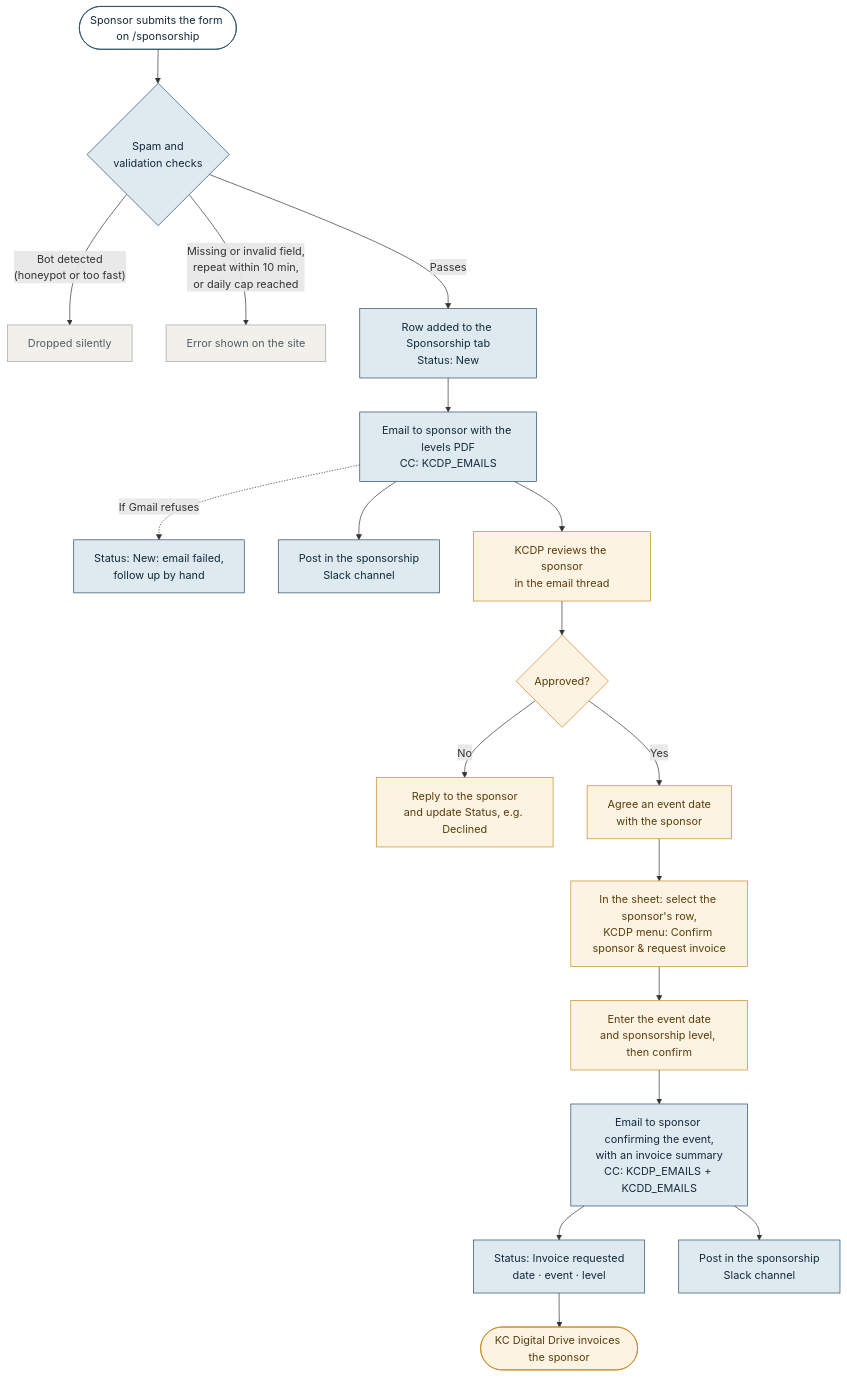
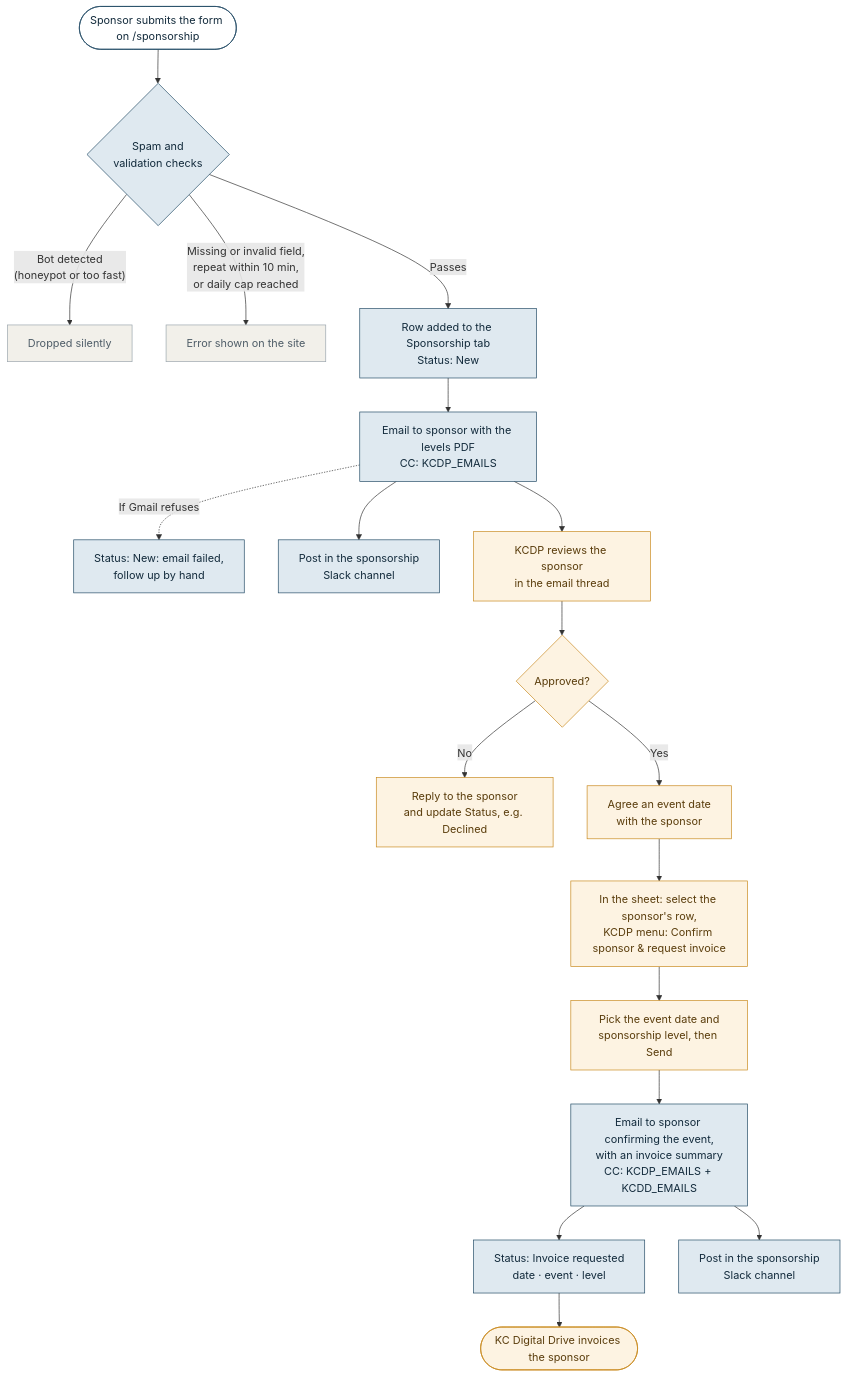
One commit to da5idt/kcdataprofessionals_site changed the first of 2 diagrams in docs/forms.md. Above: the diagram before and after it, drawn with Mermaid. The commit also changed other lines of this file and 2 other files, not shown here.

First line of the commit message:
Use a date picker and level dropdown when requesting an invoice

````diff
--- a/docs/forms.md
+++ b/docs/forms.md
@@ -42,29 +42,29 @@
 ```mermaid
 flowchart TD
     A([Sponsor submits the form on /sponsorship]) --> B{Spam and<br/>validation checks}
     B -- "Bot detected<br/>(honeypot or too fast)" --> X[Dropped silently]
     B -- "Missing or invalid field,<br/>repeat within 10 min,<br/>or daily cap reached" --> Y[Error shown on the site]
     B -- Passes --> C[Row added to the Sponsorship tab<br/>Status: New]
     C --> D["Email to sponsor with the levels PDF<br/>CC: KCDP_EMAILS"]
     D -. "If Gmail refuses" .-> D2[Status: New: email failed,<br/>follow up by hand]
     D --> S1[Post in the sponsorship<br/>Slack channel]
     D --> E[KCDP reviews the sponsor<br/>in the email thread]
     E --> F{Approved?}
     F -- No --> G[Reply to the sponsor<br/>and update Status, e.g. Declined]
     F -- Yes --> H[Agree an event date<br/>with the sponsor]
     H --> I["In the sheet: select the sponsor's row,<br/>KCDP menu: Confirm sponsor & request invoice"]
-    I --> J[Enter the event date<br/>and sponsorship level, then confirm]
+    I --> J[Pick the event date and<br/>sponsorship level, then Send]
     J --> K["Email to sponsor confirming the event,<br/>with an invoice summary<br/>CC: KCDP_EMAILS + KCDD_EMAILS"]
     K --> L["Status: Invoice requested<br/>date · event · level"]
     K --> S2[Post in the sponsorship<br/>Slack channel]
     L --> M([KC Digital Drive invoices the sponsor])
 
     classDef auto fill:#dfe9f0,stroke:#244c66,color:#132b3c
     classDef manual fill:#fdf3e2,stroke:#c98a1e,color:#5a3d0c
     classDef stop fill:#f2f0ea,stroke:#9aa5ad,color:#4f5d68
     classDef person fill:#ffffff,stroke:#244c66,color:#132b3c
     class A person
     class B,C,D,D2,K,L,S1,S2 auto
     class E,F,G,H,I,J,M manual
     class X,Y stop
 ```
````
